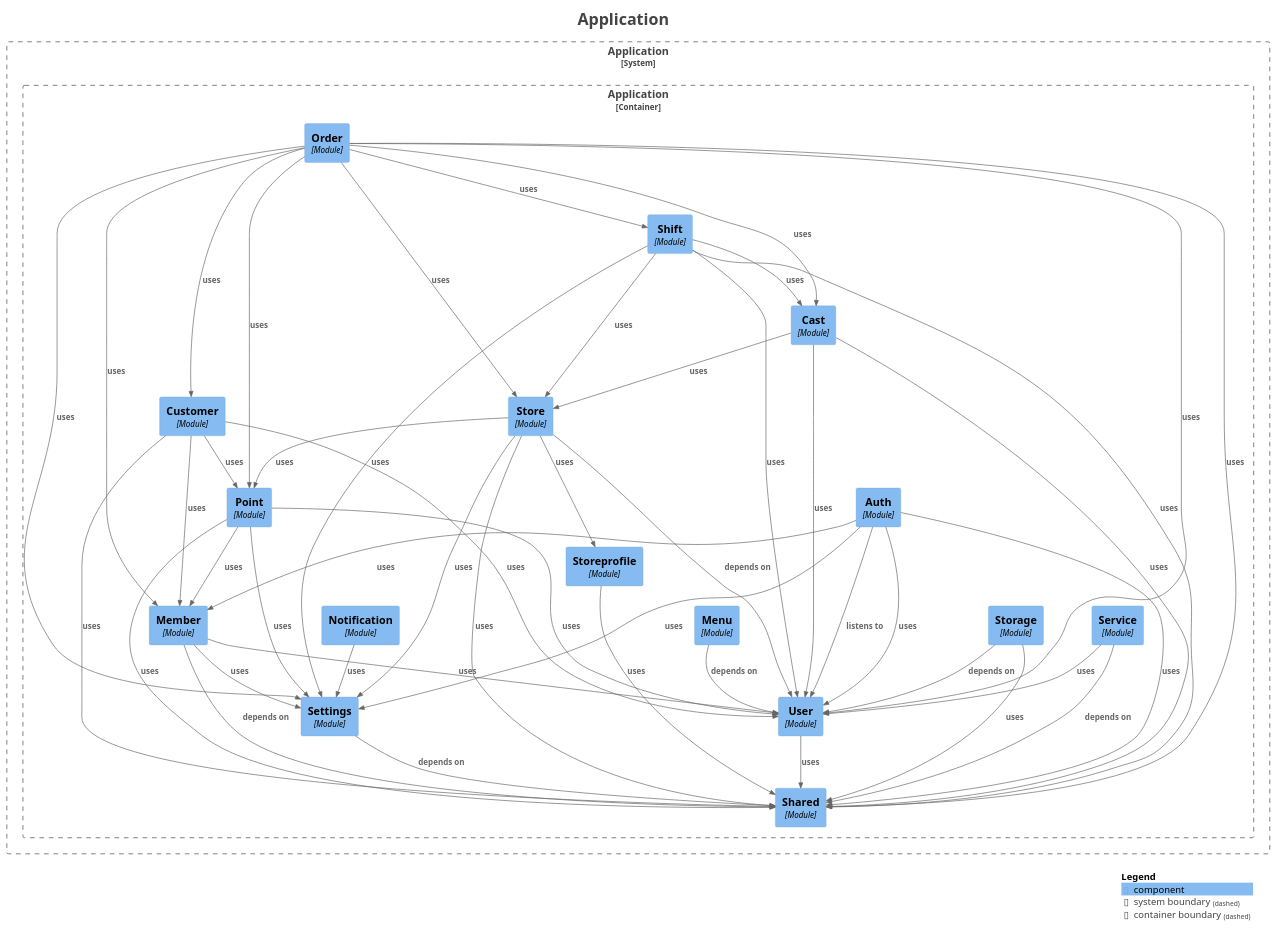
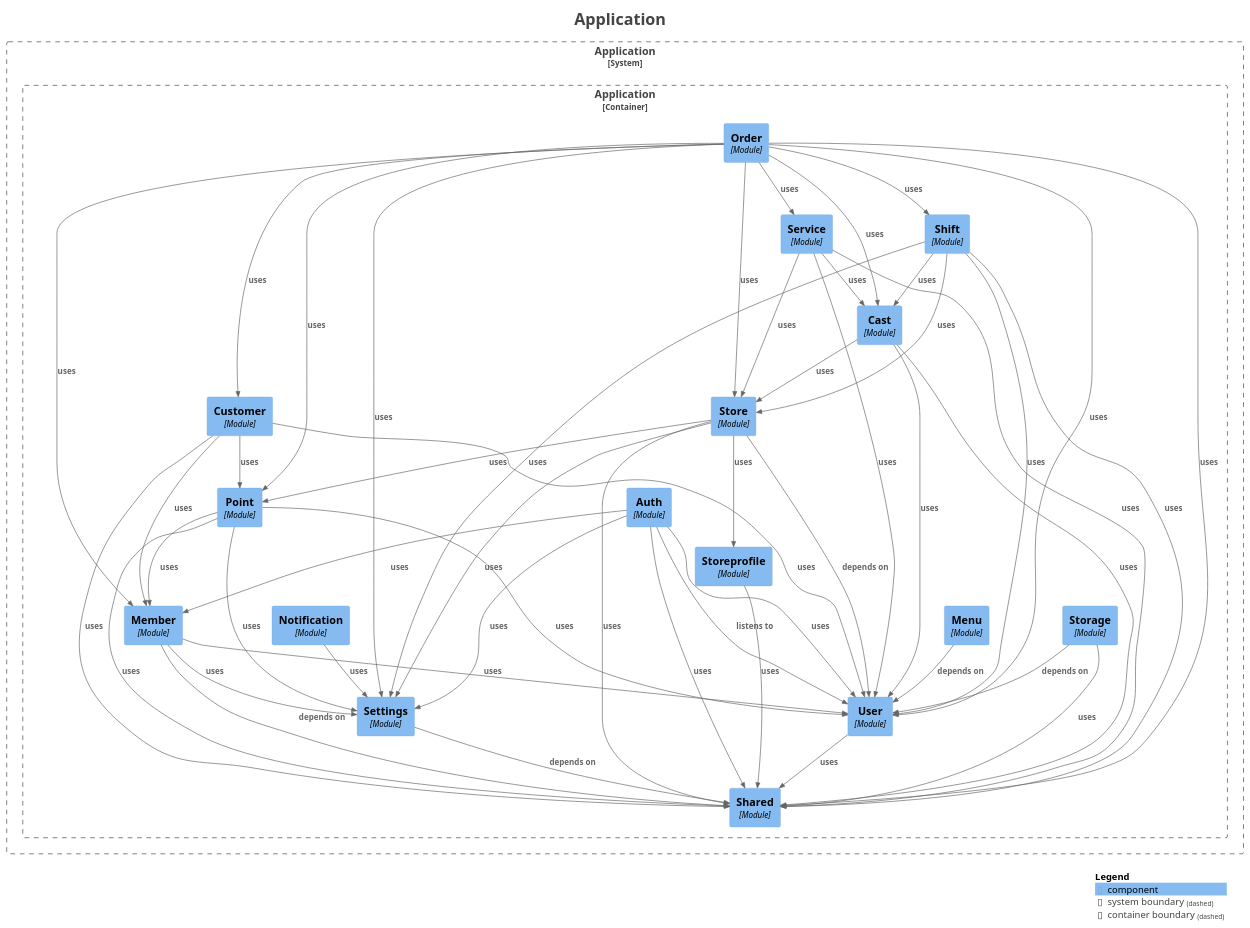
One commit to kanghouchao/Kizuna changed the diagram in backend/docs/modulith/components.puml. Above: the diagram before and after it, drawn with PlantUML. The commit also changed 106 other files, not shown here.

```diff
--- a/backend/docs/modulith/components.puml
+++ b/backend/docs/modulith/components.puml
@@ -1,90 +1,93 @@
 @startuml
 title <size:24>Application</size>
 
 set separator none
 top to bottom direction
 
 <style>
   root {
     BackgroundColor: #ffffff
     FontColor: #444444
   }
 </style>
 
 !include <C4/C4>
 !include <C4/C4_Context>
 !include <C4/C4_Component>
 
 System_Boundary("Application_boundary", "Application", $tags="") {
   Container_Boundary("Application.Application_boundary", "Application", $tags="") {
-    Component(Application.Application.Service, "Service", $techn="Module", $descr="", $tags="", $link="")
     Component(Application.Application.Storage, "Storage", $techn="Module", $descr="", $tags="", $link="")
     Component(Application.Application.Auth, "Auth", $techn="Module", $descr="", $tags="", $link="")
     Component(Application.Application.Point, "Point", $techn="Module", $descr="", $tags="", $link="")
     Component(Application.Application.Customer, "Customer", $techn="Module", $descr="", $tags="", $link="")
     Component(Application.Application.Store, "Store", $techn="Module", $descr="", $tags="", $link="")
     Component(Application.Application.Cast, "Cast", $techn="Module", $descr="", $tags="", $link="")
+    Component(Application.Application.Service, "Service", $techn="Module", $descr="", $tags="", $link="")
     Component(Application.Application.Shift, "Shift", $techn="Module", $descr="", $tags="", $link="")
     Component(Application.Application.Order, "Order", $techn="Module", $descr="", $tags="", $link="")
     Component(Application.Application.Shared, "Shared", $techn="Module", $descr="", $tags="", $link="")
     Component(Application.Application.Settings, "Settings", $techn="Module", $descr="", $tags="", $link="")
     Component(Application.Application.Storeprofile, "Storeprofile", $techn="Module", $descr="", $tags="", $link="")
     Component(Application.Application.User, "User", $techn="Module", $descr="", $tags="", $link="")
     Component(Application.Application.Member, "Member", $techn="Module", $descr="", $tags="", $link="")
     Component(Application.Application.Menu, "Menu", $techn="Module", $descr="", $tags="", $link="")
     Component(Application.Application.Notification, "Notification", $techn="Module", $descr="", $tags="", $link="")
   }
 
 }
 
 Rel(Application.Application.Shift, Application.Application.Cast, "uses", $techn="", $tags="", $link="")
 Rel(Application.Application.Shift, Application.Application.User, "uses", $techn="", $tags="", $link="")
 Rel(Application.Application.Shift, Application.Application.Store, "uses", $techn="", $tags="", $link="")
 Rel(Application.Application.Shift, Application.Application.Shared, "uses", $techn="", $tags="", $link="")
 Rel(Application.Application.User, Application.Application.Shared, "uses", $techn="", $tags="", $link="")
 Rel(Application.Application.Storeprofile, Application.Application.Shared, "uses", $techn="", $tags="", $link="")
 Rel(Application.Application.Storage, Application.Application.User, "depends on", $techn="", $tags="", $link="")
 Rel(Application.Application.Storage, Application.Application.Shared, "uses", $techn="", $tags="", $link="")
 Rel(Application.Application.Member, Application.Application.Shared, "depends on", $techn="", $tags="", $link="")
 Rel(Application.Application.Member, Application.Application.Settings, "uses", $techn="", $tags="", $link="")
 Rel(Application.Application.Member, Application.Application.User, "uses", $techn="", $tags="", $link="")
-Rel(Application.Application.Service, Application.Application.Shared, "depends on", $techn="", $tags="", $link="")
 Rel(Application.Application.Service, Application.Application.User, "uses", $techn="", $tags="", $link="")
 Rel(Application.Application.Auth, Application.Application.User, "listens to", $techn="", $tags="", $link="")
 Rel(Application.Application.Auth, Application.Application.User, "uses", $techn="", $tags="", $link="")
 Rel(Application.Application.Auth, Application.Application.Member, "uses", $techn="", $tags="", $link="")
 Rel(Application.Application.Auth, Application.Application.Shared, "uses", $techn="", $tags="", $link="")
 Rel(Application.Application.Auth, Application.Application.Settings, "uses", $techn="", $tags="", $link="")
 Rel(Application.Application.Point, Application.Application.Shared, "uses", $techn="", $tags="", $link="")
 Rel(Application.Application.Point, Application.Application.User, "uses", $techn="", $tags="", $link="")
 Rel(Application.Application.Point, Application.Application.Member, "uses", $techn="", $tags="", $link="")
 Rel(Application.Application.Point, Application.Application.Settings, "uses", $techn="", $tags="", $link="")
 Rel(Application.Application.Store, Application.Application.User, "depends on", $techn="", $tags="", $link="")
 Rel(Application.Application.Store, Application.Application.Storeprofile, "uses", $techn="", $tags="", $link="")
 Rel(Application.Application.Store, Application.Application.Point, "uses", $techn="", $tags="", $link="")
 Rel(Application.Application.Store, Application.Application.Settings, "uses", $techn="", $tags="", $link="")
 Rel(Application.Application.Store, Application.Application.Shared, "uses", $techn="", $tags="", $link="")
 Rel(Application.Application.Customer, Application.Application.Member, "uses", $techn="", $tags="", $link="")
 Rel(Application.Application.Customer, Application.Application.User, "uses", $techn="", $tags="", $link="")
 Rel(Application.Application.Customer, Application.Application.Shared, "uses", $techn="", $tags="", $link="")
 Rel(Application.Application.Customer, Application.Application.Point, "uses", $techn="", $tags="", $link="")
 Rel(Application.Application.Order, Application.Application.Shared, "uses", $techn="", $tags="", $link="")
 Rel(Application.Application.Order, Application.Application.Point, "uses", $techn="", $tags="", $link="")
 Rel(Application.Application.Order, Application.Application.Member, "uses", $techn="", $tags="", $link="")
 Rel(Application.Application.Order, Application.Application.User, "uses", $techn="", $tags="", $link="")
 Rel(Application.Application.Order, Application.Application.Settings, "uses", $techn="", $tags="", $link="")
 Rel(Application.Application.Order, Application.Application.Cast, "uses", $techn="", $tags="", $link="")
 Rel(Application.Application.Order, Application.Application.Store, "uses", $techn="", $tags="", $link="")
 Rel(Application.Application.Order, Application.Application.Shift, "uses", $techn="", $tags="", $link="")
 Rel(Application.Application.Order, Application.Application.Customer, "uses", $techn="", $tags="", $link="")
 Rel(Application.Application.Notification, Application.Application.Settings, "uses", $techn="", $tags="", $link="")
 Rel(Application.Application.Menu, Application.Application.User, "depends on", $techn="", $tags="", $link="")
 Rel(Application.Application.Cast, Application.Application.User, "uses", $techn="", $tags="", $link="")
 Rel(Application.Application.Cast, Application.Application.Store, "uses", $techn="", $tags="", $link="")
 Rel(Application.Application.Cast, Application.Application.Shared, "uses", $techn="", $tags="", $link="")
 Rel(Application.Application.Settings, Application.Application.Shared, "depends on", $techn="", $tags="", $link="")
 Rel(Application.Application.Shift, Application.Application.Settings, "uses", $techn="", $tags="", $link="")
+Rel(Application.Application.Order, Application.Application.Service, "uses", $techn="", $tags="", $link="")
+Rel(Application.Application.Service, Application.Application.Shared, "uses", $techn="", $tags="", $link="")
+Rel(Application.Application.Service, Application.Application.Cast, "uses", $techn="", $tags="", $link="")
+Rel(Application.Application.Service, Application.Application.Store, "uses", $techn="", $tags="", $link="")
 
 SHOW_LEGEND(true)
 hide stereotypes
 @enduml
```
